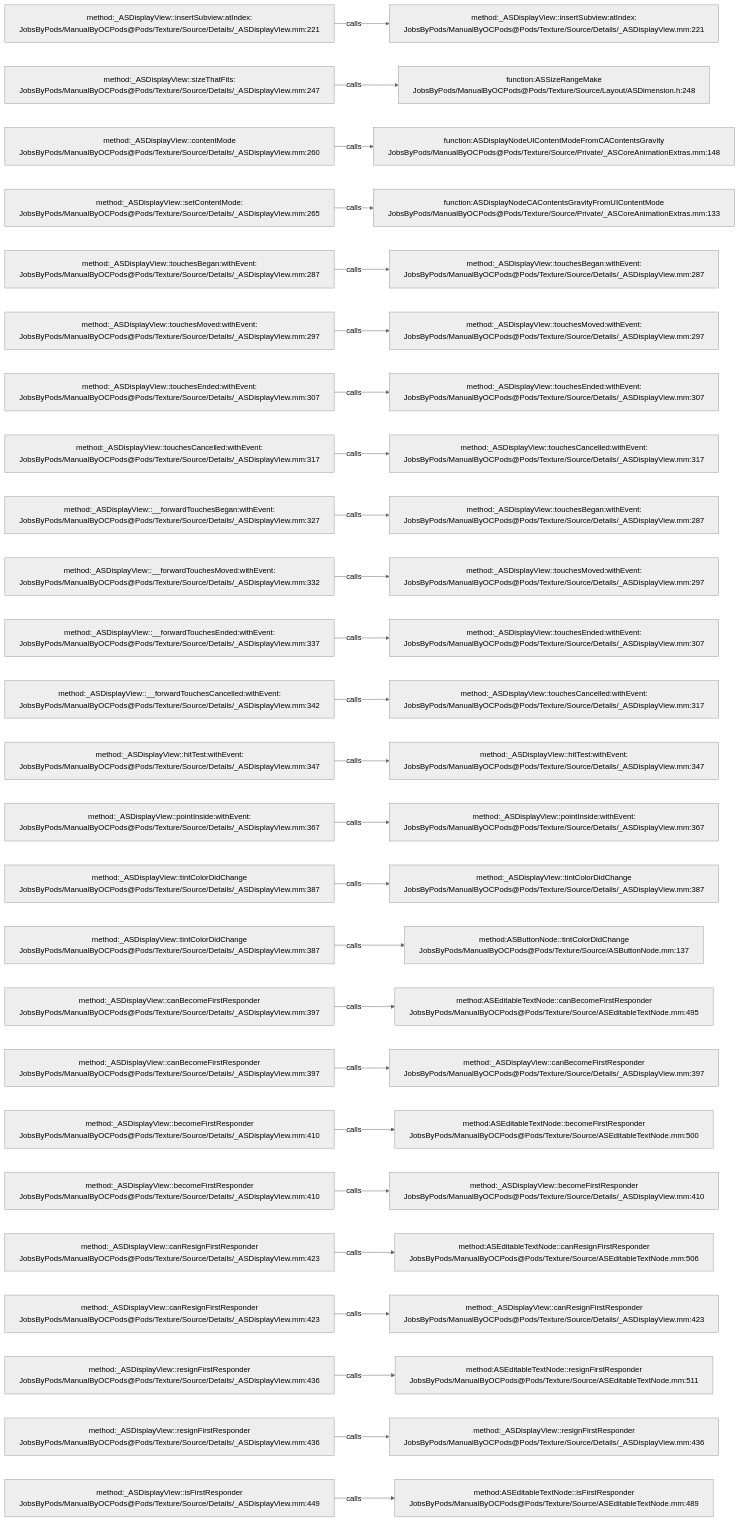
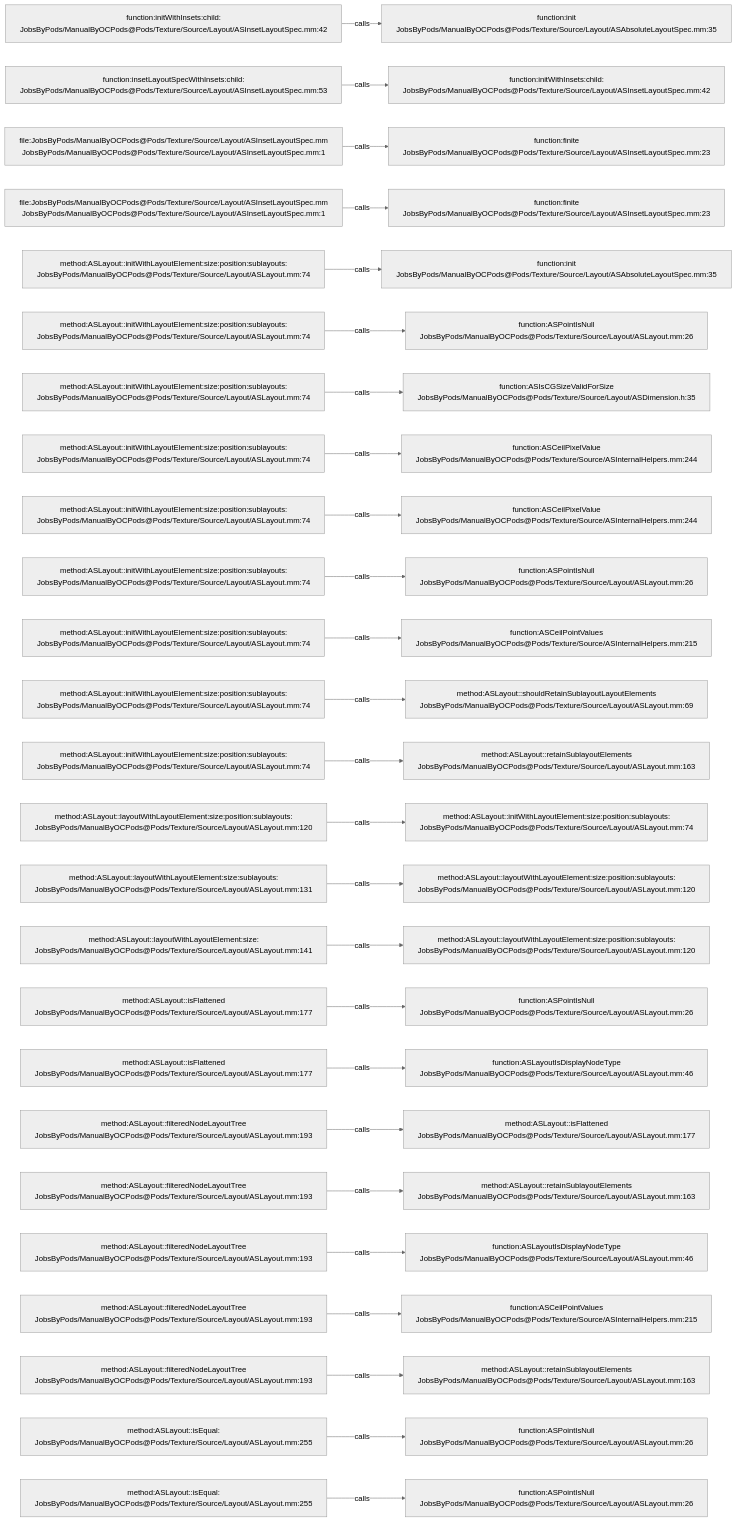
Before and after one commit to JobsKits/JobsOCBaseConfigDemo: the diagram in .codegraph/codegraph.md/graphs/calls-180.md, drawn with Mermaid (neutral theme). The commit also changed 1223 other files, not shown here.

````diff
--- a/.codegraph/codegraph.md/graphs/calls-180.md
+++ b/.codegraph/codegraph.md/graphs/calls-180.md
@@ -13,78 +13,78 @@
 ```mermaid
 flowchart LR
-  S1["method:_ASDisplayView::insertSubview:atIndex:<br/>JobsByPods/ManualByOCPods@Pods/Texture/Source/Details/_ASDisplayView.mm:221"]
-  T1["method:_ASDisplayView::insertSubview:atIndex:<br/>JobsByPods/ManualByOCPods@Pods/Texture/Source/Details/_ASDisplayView.mm:221"]
+  S1["function:initWithInsets:child:<br/>JobsByPods/ManualByOCPods@Pods/Texture/Source/Layout/ASInsetLayoutSpec.mm:42"]
+  T1["function:init<br/>JobsByPods/ManualByOCPods@Pods/Texture/Source/Layout/ASAbsoluteLayoutSpec.mm:35"]
   S1 -->|calls| T1
-  S2["method:_ASDisplayView::sizeThatFits:<br/>JobsByPods/ManualByOCPods@Pods/Texture/Source/Details/_ASDisplayView.mm:247"]
-  T2["function:ASSizeRangeMake<br/>JobsByPods/ManualByOCPods@Pods/Texture/Source/Layout/ASDimension.h:248"]
+  S2["function:insetLayoutSpecWithInsets:child:<br/>JobsByPods/ManualByOCPods@Pods/Texture/Source/Layout/ASInsetLayoutSpec.mm:53"]
+  T2["function:initWithInsets:child:<br/>JobsByPods/ManualByOCPods@Pods/Texture/Source/Layout/ASInsetLayoutSpec.mm:42"]
   S2 -->|calls| T2
-  S3["method:_ASDisplayView::contentMode<br/>JobsByPods/ManualByOCPods@Pods/Texture/Source/Details/_ASDisplayView.mm:260"]
-  T3["function:ASDisplayNodeUIContentModeFromCAContentsGravity<br/>JobsByPods/ManualByOCPods@Pods/Texture/Source/Private/_ASCoreAnimationExtras.mm:148"]
+  S3["file:JobsByPods/ManualByOCPods@Pods/Texture/Source/Layout/ASInsetLayoutSpec.mm<br/>JobsByPods/ManualByOCPods@Pods/Texture/Source/Layout/ASInsetLayoutSpec.mm:1"]
+  T3["function:finite<br/>JobsByPods/ManualByOCPods@Pods/Texture/Source/Layout/ASInsetLayoutSpec.mm:23"]
   S3 -->|calls| T3
-  S4["method:_ASDisplayView::setContentMode:<br/>JobsByPods/ManualByOCPods@Pods/Texture/Source/Details/_ASDisplayView.mm:265"]
-  T4["function:ASDisplayNodeCAContentsGravityFromUIContentMode<br/>JobsByPods/ManualByOCPods@Pods/Texture/Source/Private/_ASCoreAnimationExtras.mm:133"]
+  S4["file:JobsByPods/ManualByOCPods@Pods/Texture/Source/Layout/ASInsetLayoutSpec.mm<br/>JobsByPods/ManualByOCPods@Pods/Texture/Source/Layout/ASInsetLayoutSpec.mm:1"]
+  T4["function:finite<br/>JobsByPods/ManualByOCPods@Pods/Texture/Source/Layout/ASInsetLayoutSpec.mm:23"]
   S4 -->|calls| T4
-  S5["method:_ASDisplayView::touchesBegan:withEvent:<br/>JobsByPods/ManualByOCPods@Pods/Texture/Source/Details/_ASDisplayView.mm:287"]
-  T5["method:_ASDisplayView::touchesBegan:withEvent:<br/>JobsByPods/ManualByOCPods@Pods/Texture/Source/Details/_ASDisplayView.mm:287"]
+  S5["method:ASLayout::initWithLayoutElement:size:position:sublayouts:<br/>JobsByPods/ManualByOCPods@Pods/Texture/Source/Layout/ASLayout.mm:74"]
+  T5["function:init<br/>JobsByPods/ManualByOCPods@Pods/Texture/Source/Layout/ASAbsoluteLayoutSpec.mm:35"]
   S5 -->|calls| T5
-  S6["method:_ASDisplayView::touchesMoved:withEvent:<br/>JobsByPods/ManualByOCPods@Pods/Texture/Source/Details/_ASDisplayView.mm:297"]
-  T6["method:_ASDisplayView::touchesMoved:withEvent:<br/>JobsByPods/ManualByOCPods@Pods/Texture/Source/Details/_ASDisplayView.mm:297"]
+  S6["method:ASLayout::initWithLayoutElement:size:position:sublayouts:<br/>JobsByPods/ManualByOCPods@Pods/Texture/Source/Layout/ASLayout.mm:74"]
+  T6["function:ASPointIsNull<br/>JobsByPods/ManualByOCPods@Pods/Texture/Source/Layout/ASLayout.mm:26"]
   S6 -->|calls| T6
-  S7["method:_ASDisplayView::touchesEnded:withEvent:<br/>JobsByPods/ManualByOCPods@Pods/Texture/Source/Details/_ASDisplayView.mm:307"]
-  T7["method:_ASDisplayView::touchesEnded:withEvent:<br/>JobsByPods/ManualByOCPods@Pods/Texture/Source/Details/_ASDisplayView.mm:307"]
+  S7["method:ASLayout::initWithLayoutElement:size:position:sublayouts:<br/>JobsByPods/ManualByOCPods@Pods/Texture/Source/Layout/ASLayout.mm:74"]
+  T7["function:ASIsCGSizeValidForSize<br/>JobsByPods/ManualByOCPods@Pods/Texture/Source/Layout/ASDimension.h:35"]
   S7 -->|calls| T7
-  S8["method:_ASDisplayView::touchesCancelled:withEvent:<br/>JobsByPods/ManualByOCPods@Pods/Texture/Source/Details/_ASDisplayView.mm:317"]
-  T8["method:_ASDisplayView::touchesCancelled:withEvent:<br/>JobsByPods/ManualByOCPods@Pods/Texture/Source/Details/_ASDisplayView.mm:317"]
+  S8["method:ASLayout::initWithLayoutElement:size:position:sublayouts:<br/>JobsByPods/ManualByOCPods@Pods/Texture/Source/Layout/ASLayout.mm:74"]
+  T8["function:ASCeilPixelValue<br/>JobsByPods/ManualByOCPods@Pods/Texture/Source/ASInternalHelpers.mm:244"]
   S8 -->|calls| T8
-  S9["method:_ASDisplayView::__forwardTouchesBegan:withEvent:<br/>JobsByPods/ManualByOCPods@Pods/Texture/Source/Details/_ASDisplayView.mm:327"]
-  T9["method:_ASDisplayView::touchesBegan:withEvent:<br/>JobsByPods/ManualByOCPods@Pods/Texture/Source/Details/_ASDisplayView.mm:287"]
+  S9["method:ASLayout::initWithLayoutElement:size:position:sublayouts:<br/>JobsByPods/ManualByOCPods@Pods/Texture/Source/Layout/ASLayout.mm:74"]
+  T9["function:ASCeilPixelValue<br/>JobsByPods/ManualByOCPods@Pods/Texture/Source/ASInternalHelpers.mm:244"]
   S9 -->|calls| T9
-  S10["method:_ASDisplayView::__forwardTouchesMoved:withEvent:<br/>JobsByPods/ManualByOCPods@Pods/Texture/Source/Details/_ASDisplayView.mm:332"]
-  T10["method:_ASDisplayView::touchesMoved:withEvent:<br/>JobsByPods/ManualByOCPods@Pods/Texture/Source/Details/_ASDisplayView.mm:297"]
+  S10["method:ASLayout::initWithLayoutElement:size:position:sublayouts:<br/>JobsByPods/ManualByOCPods@Pods/Texture/Source/Layout/ASLayout.mm:74"]
+  T10["function:ASPointIsNull<br/>JobsByPods/ManualByOCPods@Pods/Texture/Source/Layout/ASLayout.mm:26"]
   S10 -->|calls| T10
-  S11["method:_ASDisplayView::__forwardTouchesEnded:withEvent:<br/>JobsByPods/ManualByOCPods@Pods/Texture/Source/Details/_ASDisplayView.mm:337"]
-  T11["method:_ASDisplayView::touchesEnded:withEvent:<br/>JobsByPods/ManualByOCPods@Pods/Texture/Source/Details/_ASDisplayView.mm:307"]
+  S11["method:ASLayout::initWithLayoutElement:size:position:sublayouts:<br/>JobsByPods/ManualByOCPods@Pods/Texture/Source/Layout/ASLayout.mm:74"]
+  T11["function:ASCeilPointValues<br/>JobsByPods/ManualByOCPods@Pods/Texture/Source/ASInternalHelpers.mm:215"]
   S11 -->|calls| T11
-  S12["method:_ASDisplayView::__forwardTouchesCancelled:withEvent:<br/>JobsByPods/ManualByOCPods@Pods/Texture/Source/Details/_ASDisplayView.mm:342"]
-  T12["method:_ASDisplayView::touchesCancelled:withEvent:<br/>JobsByPods/ManualByOCPods@Pods/Texture/Source/Details/_ASDisplayView.mm:317"]
+  S12["method:ASLayout::initWithLayoutElement:size:position:sublayouts:<br/>JobsByPods/ManualByOCPods@Pods/Texture/Source/Layout/ASLayout.mm:74"]
+  T12["method:ASLayout::shouldRetainSublayoutLayoutElements<br/>JobsByPods/ManualByOCPods@Pods/Texture/Source/Layout/ASLayout.mm:69"]
   S12 -->|calls| T12
-  S13["method:_ASDisplayView::hitTest:withEvent:<br/>JobsByPods/ManualByOCPods@Pods/Texture/Source/Details/_ASDisplayView.mm:347"]
-  T13["method:_ASDisplayView::hitTest:withEvent:<br/>JobsByPods/ManualByOCPods@Pods/Texture/Source/Details/_ASDisplayView.mm:347"]
+  S13["method:ASLayout::initWithLayoutElement:size:position:sublayouts:<br/>JobsByPods/ManualByOCPods@Pods/Texture/Source/Layout/ASLayout.mm:74"]
+  T13["method:ASLayout::retainSublayoutElements<br/>JobsByPods/ManualByOCPods@Pods/Texture/Source/Layout/ASLayout.mm:163"]
   S13 -->|calls| T13
-  S14["method:_ASDisplayView::pointInside:withEvent:<br/>JobsByPods/ManualByOCPods@Pods/Texture/Source/Details/_ASDisplayView.mm:367"]
-  T14["method:_ASDisplayView::pointInside:withEvent:<br/>JobsByPods/ManualByOCPods@Pods/Texture/Source/Details/_ASDisplayView.mm:367"]
+  S14["method:ASLayout::layoutWithLayoutElement:size:position:sublayouts:<br/>JobsByPods/ManualByOCPods@Pods/Texture/Source/Layout/ASLayout.mm:120"]
+  T14["method:ASLayout::initWithLayoutElement:size:position:sublayouts:<br/>JobsByPods/ManualByOCPods@Pods/Texture/Source/Layout/ASLayout.mm:74"]
   S14 -->|calls| T14
-  S15["method:_ASDisplayView::tintColorDidChange<br/>JobsByPods/ManualByOCPods@Pods/Texture/Source/Details/_ASDisplayView.mm:387"]
-  T15["method:_ASDisplayView::tintColorDidChange<br/>JobsByPods/ManualByOCPods@Pods/Texture/Source/Details/_ASDisplayView.mm:387"]
+  S15["method:ASLayout::layoutWithLayoutElement:size:sublayouts:<br/>JobsByPods/ManualByOCPods@Pods/Texture/Source/Layout/ASLayout.mm:131"]
+  T15["method:ASLayout::layoutWithLayoutElement:size:position:sublayouts:<br/>JobsByPods/ManualByOCPods@Pods/Texture/Source/Layout/ASLayout.mm:120"]
   S15 -->|calls| T15
-  S16["method:_ASDisplayView::tintColorDidChange<br/>JobsByPods/ManualByOCPods@Pods/Texture/Source/Details/_ASDisplayView.mm:387"]
-  T16["method:ASButtonNode::tintColorDidChange<br/>JobsByPods/ManualByOCPods@Pods/Texture/Source/ASButtonNode.mm:137"]
+  S16["method:ASLayout::layoutWithLayoutElement:size:<br/>JobsByPods/ManualByOCPods@Pods/Texture/Source/Layout/ASLayout.mm:141"]
+  T16["method:ASLayout::layoutWithLayoutElement:size:position:sublayouts:<br/>JobsByPods/ManualByOCPods@Pods/Texture/Source/Layout/ASLayout.mm:120"]
   S16 -->|calls| T16
-  S17["method:_ASDisplayView::canBecomeFirstResponder<br/>JobsByPods/ManualByOCPods@Pods/Texture/Source/Details/_ASDisplayView.mm:397"]
-  T17["method:ASEditableTextNode::canBecomeFirstResponder<br/>JobsByPods/ManualByOCPods@Pods/Texture/Source/ASEditableTextNode.mm:495"]
+  S17["method:ASLayout::isFlattened<br/>JobsByPods/ManualByOCPods@Pods/Texture/Source/Layout/ASLayout.mm:177"]
+  T17["function:ASPointIsNull<br/>JobsByPods/ManualByOCPods@Pods/Texture/Source/Layout/ASLayout.mm:26"]
   S17 -->|calls| T17
-  S18["method:_ASDisplayView::canBecomeFirstResponder<br/>JobsByPods/ManualByOCPods@Pods/Texture/Source/Details/_ASDisplayView.mm:397"]
-  T18["method:_ASDisplayView::canBecomeFirstResponder<br/>JobsByPods/ManualByOCPods@Pods/Texture/Source/Details/_ASDisplayView.mm:397"]
+  S18["method:ASLayout::isFlattened<br/>JobsByPods/ManualByOCPods@Pods/Texture/Source/Layout/ASLayout.mm:177"]
+  T18["function:ASLayoutIsDisplayNodeType<br/>JobsByPods/ManualByOCPods@Pods/Texture/Source/Layout/ASLayout.mm:46"]
   S18 -->|calls| T18
-  S19["method:_ASDisplayView::becomeFirstResponder<br/>JobsByPods/ManualByOCPods@Pods/Texture/Source/Details/_ASDisplayView.mm:410"]
-  T19["method:ASEditableTextNode::becomeFirstResponder<br/>JobsByPods/ManualByOCPods@Pods/Texture/Source/ASEditableTextNode.mm:500"]
+  S19["method:ASLayout::filteredNodeLayoutTree<br/>JobsByPods/ManualByOCPods@Pods/Texture/Source/Layout/ASLayout.mm:193"]
+  T19["method:ASLayout::isFlattened<br/>JobsByPods/ManualByOCPods@Pods/Texture/Source/Layout/ASLayout.mm:177"]
   S19 -->|calls| T19
-  S20["method:_ASDisplayView::becomeFirstResponder<br/>JobsByPods/ManualByOCPods@Pods/Texture/Source/Details/_ASDisplayView.mm:410"]
-  T20["method:_ASDisplayView::becomeFirstResponder<br/>JobsByPods/ManualByOCPods@Pods/Texture/Source/Details/_ASDisplayView.mm:410"]
+  S20["method:ASLayout::filteredNodeLayoutTree<br/>JobsByPods/ManualByOCPods@Pods/Texture/Source/Layout/ASLayout.mm:193"]
+  T20["method:ASLayout::retainSublayoutElements<br/>JobsByPods/ManualByOCPods@Pods/Texture/Source/Layout/ASLayout.mm:163"]
   S20 -->|calls| T20
-  S21["method:_ASDisplayView::canResignFirstResponder<br/>JobsByPods/ManualByOCPods@Pods/Texture/Source/Details/_ASDisplayView.mm:423"]
-  T21["method:ASEditableTextNode::canResignFirstResponder<br/>JobsByPods/ManualByOCPods@Pods/Texture/Source/ASEditableTextNode.mm:506"]
+  S21["method:ASLayout::filteredNodeLayoutTree<br/>JobsByPods/ManualByOCPods@Pods/Texture/Source/Layout/ASLayout.mm:193"]
+  T21["function:ASLayoutIsDisplayNodeType<br/>JobsByPods/ManualByOCPods@Pods/Texture/Source/Layout/ASLayout.mm:46"]
   S21 -->|calls| T21
-  S22["method:_ASDisplayView::canResignFirstResponder<br/>JobsByPods/ManualByOCPods@Pods/Texture/Source/Details/_ASDisplayView.mm:423"]
-  T22["method:_ASDisplayView::canResignFirstResponder<br/>JobsByPods/ManualByOCPods@Pods/Texture/Source/Details/_ASDisplayView.mm:423"]
+  S22["method:ASLayout::filteredNodeLayoutTree<br/>JobsByPods/ManualByOCPods@Pods/Texture/Source/Layout/ASLayout.mm:193"]
+  T22["function:ASCeilPointValues<br/>JobsByPods/ManualByOCPods@Pods/Texture/Source/ASInternalHelpers.mm:215"]
   S22 -->|calls| T22
-  S23["method:_ASDisplayView::resignFirstResponder<br/>JobsByPods/ManualByOCPods@Pods/Texture/Source/Details/_ASDisplayView.mm:436"]
-  T23["method:ASEditableTextNode::resignFirstResponder<br/>JobsByPods/ManualByOCPods@Pods/Texture/Source/ASEditableTextNode.mm:511"]
+  S23["method:ASLayout::filteredNodeLayoutTree<br/>JobsByPods/ManualByOCPods@Pods/Texture/Source/Layout/ASLayout.mm:193"]
+  T23["method:ASLayout::retainSublayoutElements<br/>JobsByPods/ManualByOCPods@Pods/Texture/Source/Layout/ASLayout.mm:163"]
   S23 -->|calls| T23
-  S24["method:_ASDisplayView::resignFirstResponder<br/>JobsByPods/ManualByOCPods@Pods/Texture/Source/Details/_ASDisplayView.mm:436"]
-  T24["method:_ASDisplayView::resignFirstResponder<br/>JobsByPods/ManualByOCPods@Pods/Texture/Source/Details/_ASDisplayView.mm:436"]
+  S24["method:ASLayout::isEqual:<br/>JobsByPods/ManualByOCPods@Pods/Texture/Source/Layout/ASLayout.mm:255"]
+  T24["function:ASPointIsNull<br/>JobsByPods/ManualByOCPods@Pods/Texture/Source/Layout/ASLayout.mm:26"]
   S24 -->|calls| T24
-  S25["method:_ASDisplayView::isFirstResponder<br/>JobsByPods/ManualByOCPods@Pods/Texture/Source/Details/_ASDisplayView.mm:449"]
-  T25["method:ASEditableTextNode::isFirstResponder<br/>JobsByPods/ManualByOCPods@Pods/Texture/Source/ASEditableTextNode.mm:489"]
+  S25["method:ASLayout::isEqual:<br/>JobsByPods/ManualByOCPods@Pods/Texture/Source/Layout/ASLayout.mm:255"]
+  T25["function:ASPointIsNull<br/>JobsByPods/ManualByOCPods@Pods/Texture/Source/Layout/ASLayout.mm:26"]
   S25 -->|calls| T25
 ```
````
